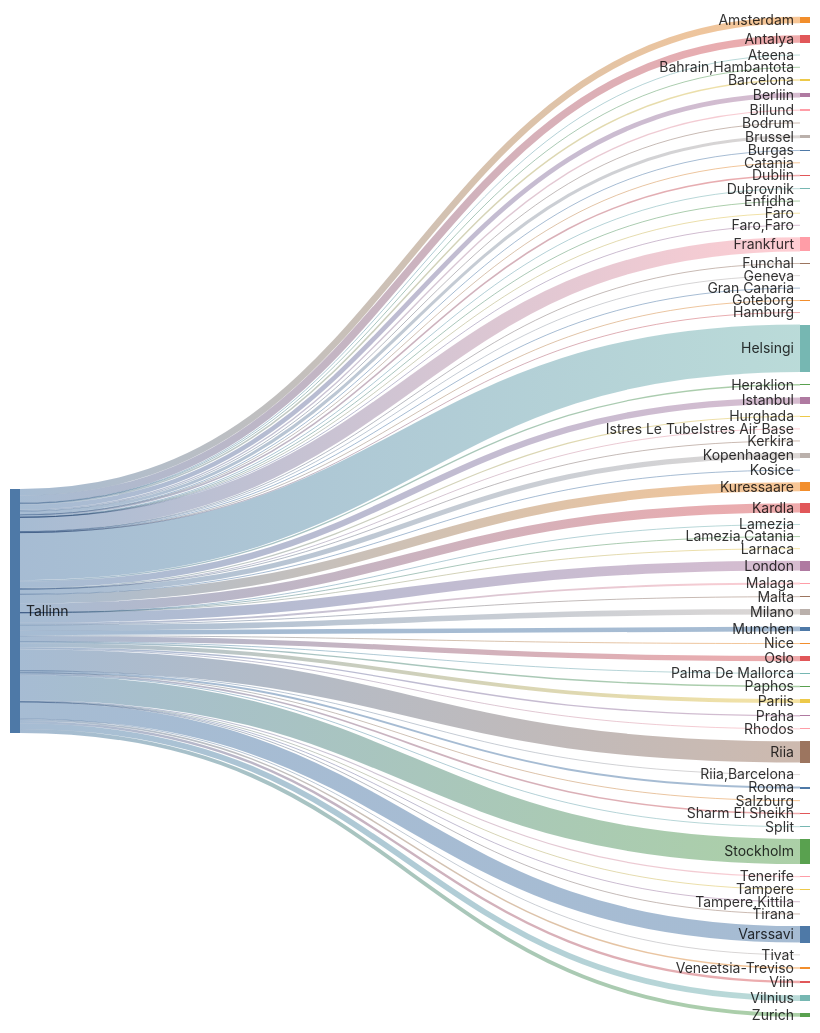
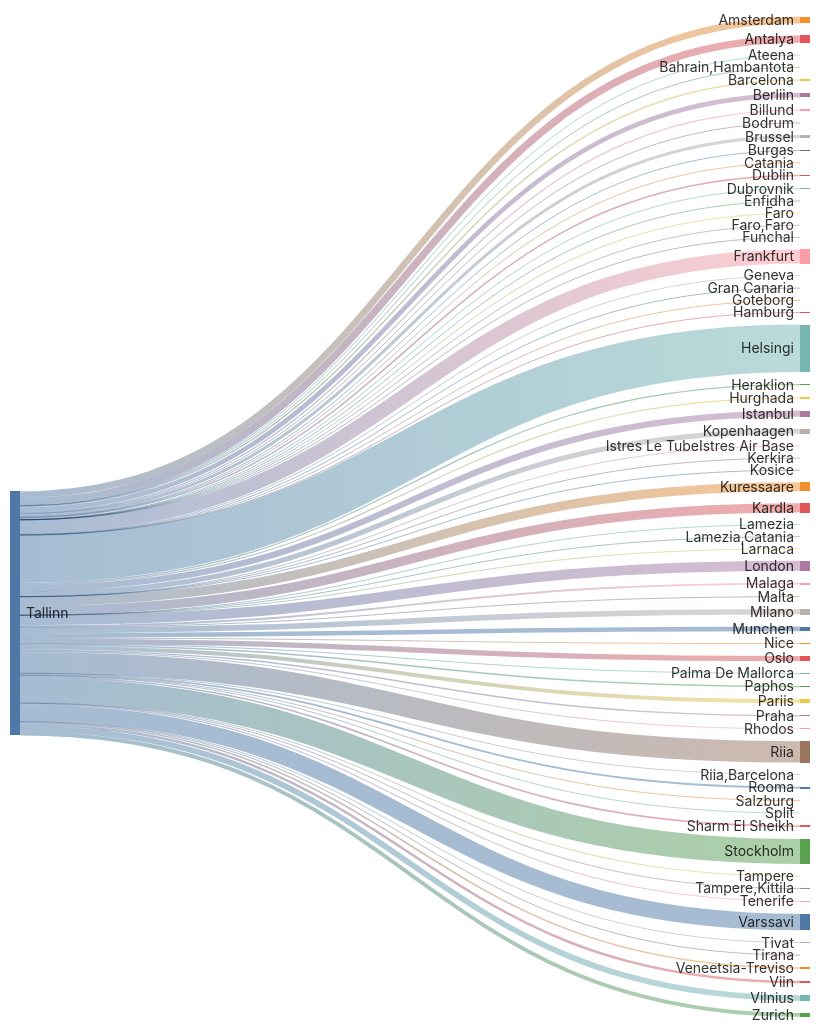
One commit to rainermesi/tll-airport-departures changed the second of 2 diagrams in README.md. Above: the diagram before and after it, drawn with Mermaid. The commit also changed other lines of this file, not shown here.

````diff
--- a/README.md
+++ b/README.md
@@ -34,77 +34,77 @@
 ```mermaid
 ---
 config:
   sankey:
     showValues: false
     width: 800
     height: 1000
 ---
 sankey-beta
 %% source,target,value
-Tallinn,Amsterdam,233
+Tallinn,Amsterdam,235
 Tallinn,Antalya,265
 Tallinn,Ateena,16
 Tallinn,"Bahrain,Hambantota",1
 Tallinn,Barcelona,54
-Tallinn,Berliin,166
+Tallinn,Berliin,167
 Tallinn,Billund,49
 Tallinn,Bodrum,11
-Tallinn,Brussel,108
+Tallinn,Brussel,109
 Tallinn,Burgas,21
 Tallinn,Catania,2
-Tallinn,Dublin,55
+Tallinn,Dublin,56
 Tallinn,Dubrovnik,21
 Tallinn,Enfidha,7
 Tallinn,Faro,4
 Tallinn,"Faro,Faro",1
-Tallinn,Frankfurt,503
+Tallinn,Frankfurt,505
 Tallinn,Funchal,5
 Tallinn,Geneva,7
 Tallinn,Gran Canaria,27
 Tallinn,Goteborg,1
 Tallinn,Hamburg,1
-Tallinn,Helsingi,1695
+Tallinn,Helsingi,1704
 Tallinn,Heraklion,46
-Tallinn,Hurghada,42
-Tallinn,Istanbul,223
+Tallinn,Hurghada,43
+Tallinn,Istanbul,225
 Tallinn,Istres Le TubeIstres Air Base,2
 Tallinn,Kerkira,4
-Tallinn,Kopenhaagen,183
+Tallinn,Kopenhaagen,184
 Tallinn,Kosice,1
-Tallinn,Kuressaare,327
-Tallinn,Kardla,327
+Tallinn,Kuressaare,329
+Tallinn,Kardla,329
 Tallinn,Lamezia,1
 Tallinn,"Lamezia,Catania",3
 Tallinn,Larnaca,4
-Tallinn,London,352
+Tallinn,London,353
 Tallinn,Malaga,67
 Tallinn,Malta,15
-Tallinn,Milano,202
+Tallinn,Milano,203
 Tallinn,Munchen,165
 Tallinn,Nice,25
-Tallinn,Oslo,186
+Tallinn,Oslo,187
 Tallinn,Palma De Mallorca,19
-Tallinn,Paphos,53
-Tallinn,Pariis,138
+Tallinn,Paphos,54
+Tallinn,Pariis,139
 Tallinn,Praha,49
 Tallinn,Rhodos,32
-Tallinn,Riia,759
+Tallinn,Riia,763
 Tallinn,"Riia,Barcelona",1
 Tallinn,Rooma,68
 Tallinn,Salzburg,8
 Tallinn,Sharm El Sheikh,58
 Tallinn,Split,25
-Tallinn,Stockholm,889
+Tallinn,Stockholm,892
 Tallinn,Tampere,17
 Tallinn,"Tampere,Kittila",9
-Tallinn,Tenerife,40
+Tallinn,Tenerife,41
 Tallinn,Tirana,8
 Tallinn,Tivat,26
-Tallinn,Varssavi,585
+Tallinn,Varssavi,588
 Tallinn,Veneetsia-Treviso,55
-Tallinn,Viin,87
-Tallinn,Vilnius,205
-Tallinn,Zurich,137
+Tallinn,Viin,88
+Tallinn,Vilnius,206
+Tallinn,Zurich,138
 
 
 ```
````
